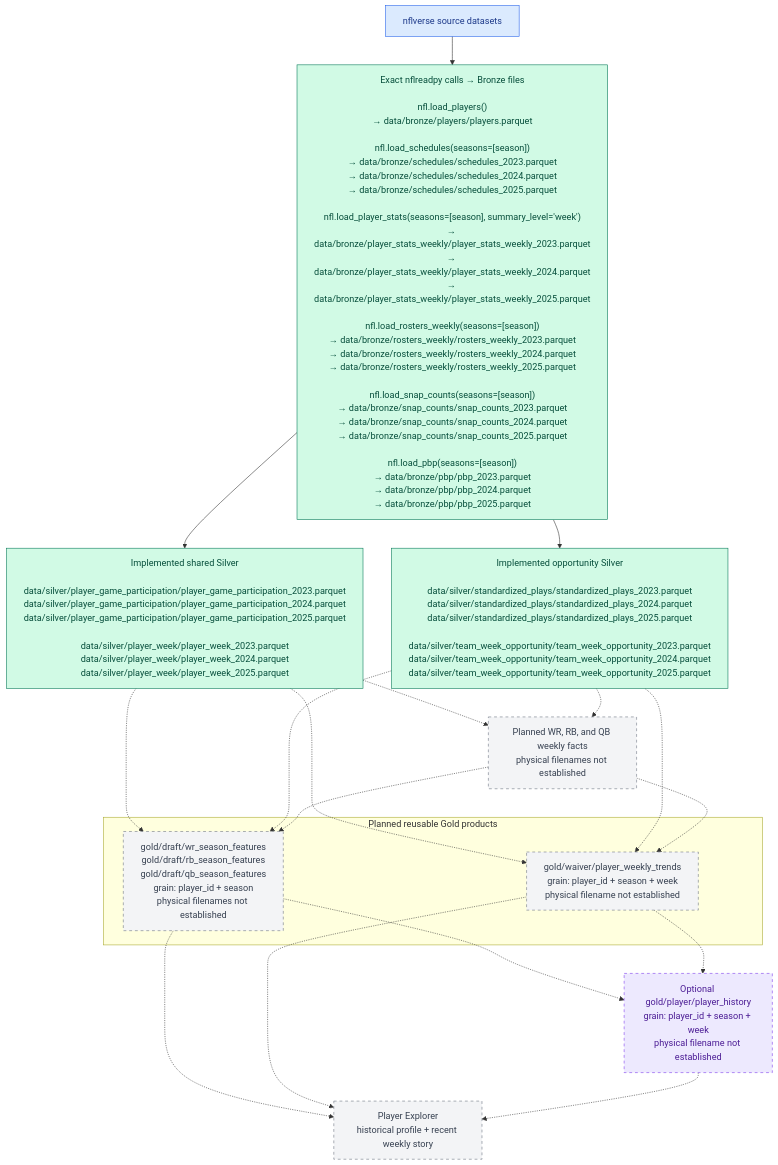
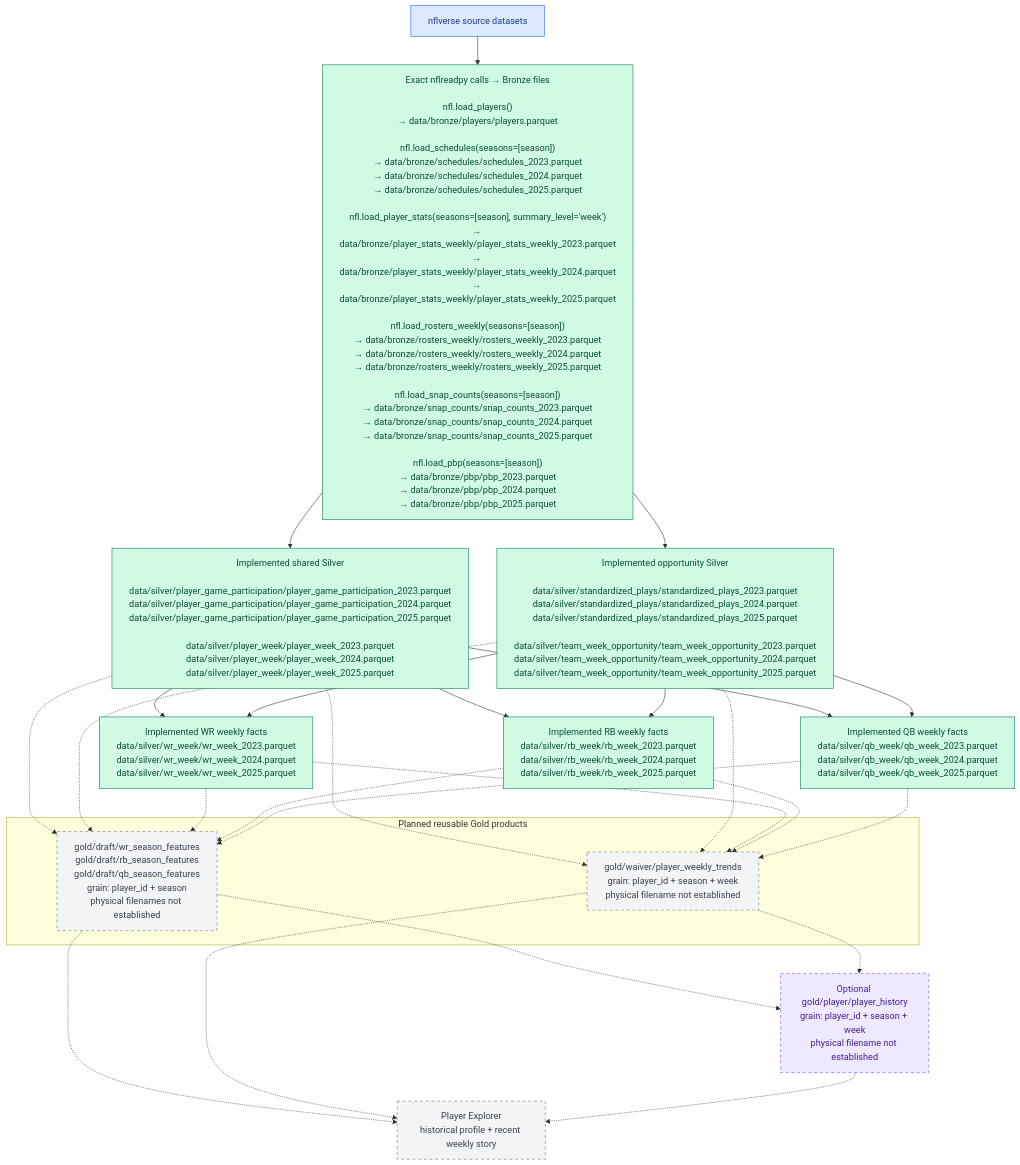
Before and after one commit to ddarby15/nfl-dream-lab-app: the fourth of 4 diagrams in docs/data-lineage-by-gold-product.md, drawn with Mermaid. The commit also changed other lines of this file and 5 other files, not shown here.

````diff
--- a/docs/data-lineage-by-gold-product.md
+++ b/docs/data-lineage-by-gold-product.md
@@ -153,42 +176,52 @@
 ```mermaid
 flowchart TB
     SOURCE["nflverse source datasets"]
     B_FILES["Exact nflreadpy calls → Bronze files<br/><br/>nfl.load_players()<br/>→ data/bronze/players/players.parquet<br/><br/>nfl.load_schedules(seasons=[season])<br/>→ data/bronze/schedules/schedules_2023.parquet<br/>→ data/bronze/schedules/schedules_2024.parquet<br/>→ data/bronze/schedules/schedules_2025.parquet<br/><br/>nfl.load_player_stats(seasons=[season], summary_level='week')<br/>→ data/bronze/player_stats_weekly/player_stats_weekly_2023.parquet<br/>→ data/bronze/player_stats_weekly/player_stats_weekly_2024.parquet<br/>→ data/bronze/player_stats_weekly/player_stats_weekly_2025.parquet<br/><br/>nfl.load_rosters_weekly(seasons=[season])<br/>→ data/bronze/rosters_weekly/rosters_weekly_2023.parquet<br/>→ data/bronze/rosters_weekly/rosters_weekly_2024.parquet<br/>→ data/bronze/rosters_weekly/rosters_weekly_2025.parquet<br/><br/>nfl.load_snap_counts(seasons=[season])<br/>→ data/bronze/snap_counts/snap_counts_2023.parquet<br/>→ data/bronze/snap_counts/snap_counts_2024.parquet<br/>→ data/bronze/snap_counts/snap_counts_2025.parquet<br/><br/>nfl.load_pbp(seasons=[season])<br/>→ data/bronze/pbp/pbp_2023.parquet<br/>→ data/bronze/pbp/pbp_2024.parquet<br/>→ data/bronze/pbp/pbp_2025.parquet"]
     S_CURRENT["Implemented shared Silver<br/><br/>data/silver/player_game_participation/player_game_participation_2023.parquet<br/>data/silver/player_game_participation/player_game_participation_2024.parquet<br/>data/silver/player_game_participation/player_game_participation_2025.parquet<br/><br/>data/silver/player_week/player_week_2023.parquet<br/>data/silver/player_week/player_week_2024.parquet<br/>data/silver/player_week/player_week_2025.parquet"]
     S_OPPORTUNITY["Implemented opportunity Silver<br/><br/>data/silver/standardized_plays/standardized_plays_2023.parquet<br/>data/silver/standardized_plays/standardized_plays_2024.parquet<br/>data/silver/standardized_plays/standardized_plays_2025.parquet<br/><br/>data/silver/team_week_opportunity/team_week_opportunity_2023.parquet<br/>data/silver/team_week_opportunity/team_week_opportunity_2024.parquet<br/>data/silver/team_week_opportunity/team_week_opportunity_2025.parquet"]
-    S_POSITION["Planned WR, RB, and QB weekly facts<br/>physical filenames not established"]
+    S_WR["Implemented WR weekly facts<br/>data/silver/wr_week/wr_week_2023.parquet<br/>data/silver/wr_week/wr_week_2024.parquet<br/>data/silver/wr_week/wr_week_2025.parquet"]
+    S_RB["Implemented RB weekly facts<br/>data/silver/rb_week/rb_week_2023.parquet<br/>data/silver/rb_week/rb_week_2024.parquet<br/>data/silver/rb_week/rb_week_2025.parquet"]
+    S_QB["Implemented QB weekly facts<br/>data/silver/qb_week/qb_week_2023.parquet<br/>data/silver/qb_week/qb_week_2024.parquet<br/>data/silver/qb_week/qb_week_2025.parquet"]
 
     subgraph ExistingGoldShapes["Planned reusable Gold products"]
         G_DRAFT["gold/draft/wr_season_features<br/>gold/draft/rb_season_features<br/>gold/draft/qb_season_features<br/>grain: player_id + season<br/>physical filenames not established"]
         G_WAIVER["gold/waiver/player_weekly_trends<br/>grain: player_id + season + week<br/>physical filename not established"]
     end
 
     G_HISTORY["Optional gold/player/player_history<br/>grain: player_id + season + week<br/>physical filename not established"]
     EXPLORER["Player Explorer<br/>historical profile + recent weekly story"]
 
     SOURCE --> B_FILES --> S_CURRENT
     B_FILES --> S_OPPORTUNITY
     S_CURRENT -.-> G_DRAFT
     S_CURRENT -.-> G_WAIVER
     S_OPPORTUNITY -.-> G_DRAFT
     S_OPPORTUNITY -.-> G_WAIVER
-    S_CURRENT -.-> S_POSITION
-    S_OPPORTUNITY -.-> S_POSITION
-    S_POSITION -.-> G_DRAFT
-    S_POSITION -.-> G_WAIVER
+    S_CURRENT --> S_WR
+    S_OPPORTUNITY --> S_WR
+    S_CURRENT --> S_RB
+    S_OPPORTUNITY --> S_RB
+    S_CURRENT --> S_QB
+    S_OPPORTUNITY --> S_QB
+    S_WR -.-> G_DRAFT
+    S_WR -.-> G_WAIVER
+    S_RB -.-> G_DRAFT
+    S_RB -.-> G_WAIVER
+    S_QB -.-> G_DRAFT
+    S_QB -.-> G_WAIVER
     G_DRAFT -.-> EXPLORER
     G_WAIVER -.-> EXPLORER
     G_DRAFT -.-> G_HISTORY
     G_WAIVER -.-> G_HISTORY
     G_HISTORY -.-> EXPLORER
 
     classDef source fill:#dbeafe,stroke:#2563eb,color:#1e3a8a;
     classDef built fill:#d1fae5,stroke:#047857,color:#064e3b;
     classDef planned fill:#f3f4f6,stroke:#6b7280,color:#374151,stroke-dasharray:5 5;
     classDef optional fill:#ede9fe,stroke:#7c3aed,color:#4c1d95,stroke-dasharray:5 5;
 
     class SOURCE source;
-    class B_FILES,S_CURRENT,S_OPPORTUNITY built;
-    class S_POSITION,G_DRAFT,G_WAIVER,EXPLORER planned;
+    class B_FILES,S_CURRENT,S_OPPORTUNITY,S_WR,S_RB,S_QB built;
+    class G_DRAFT,G_WAIVER,EXPLORER planned;
     class G_HISTORY optional;
 ```
````
